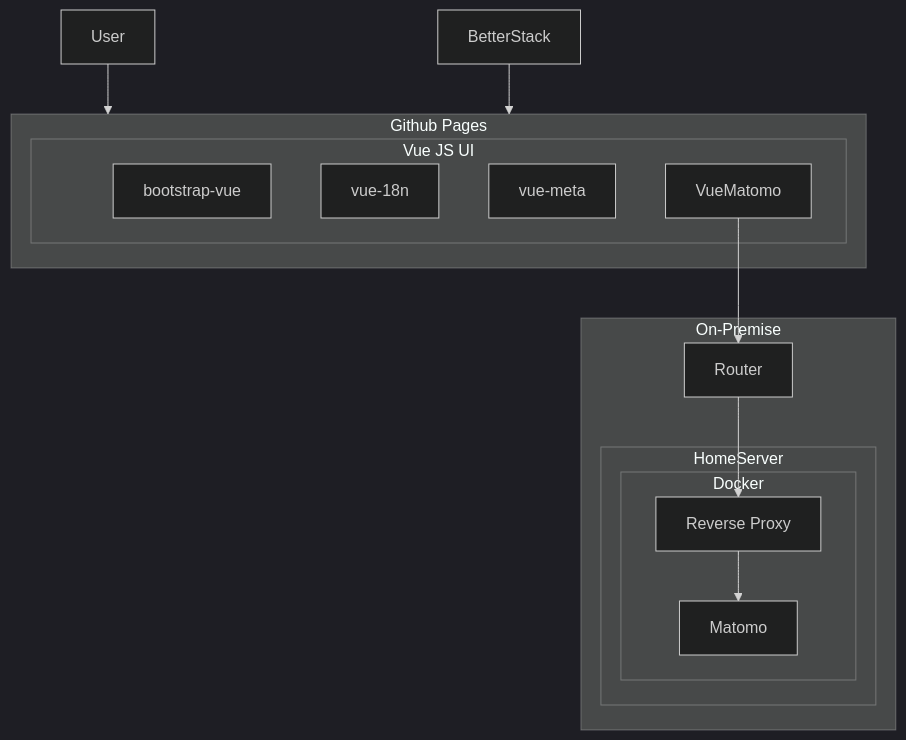
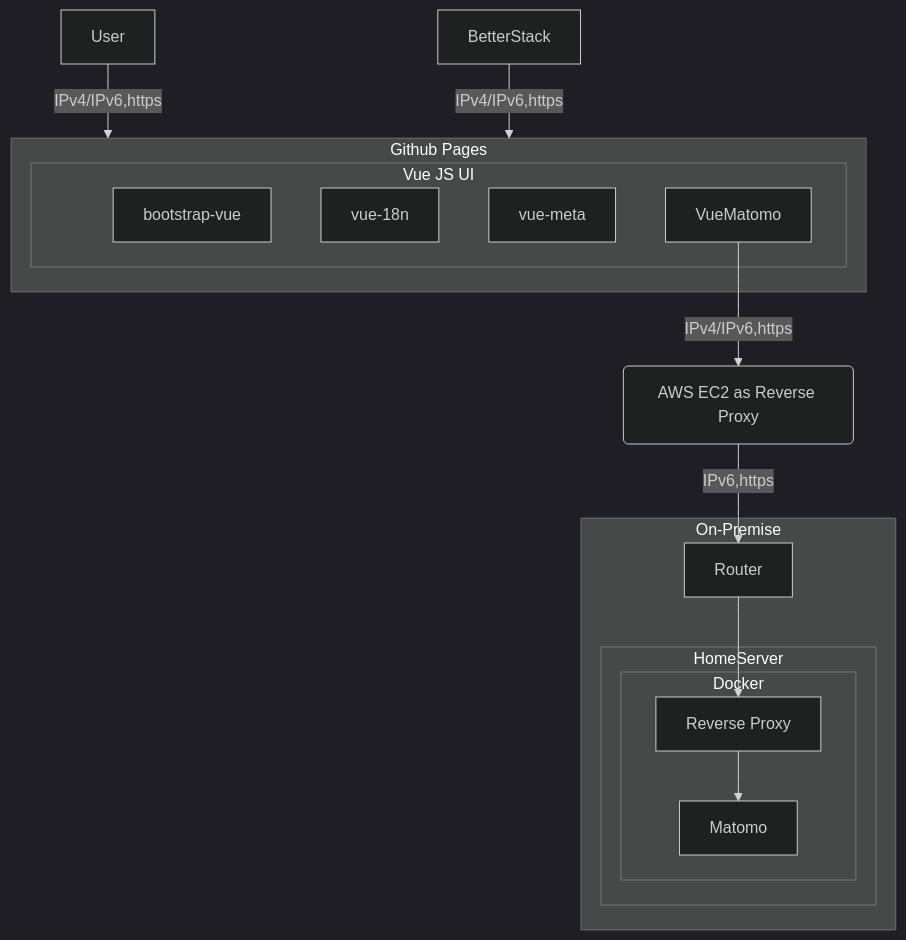
The diagram in app/README.md (andreasnicklaus/cheer-choreo-tool), drawn with Mermaid (dark theme) before and after one commit. The commit also changed 2 other files, not shown here.

Commit message:
feat: updates to architecture diagrams

```diff
--- a/app/README.md
+++ b/app/README.md
@@ -65,29 +65,30 @@
 <pre class="mermaid">
 graph
-  User --> github
+  User --IPv4/IPv6,https--> github
 
   subgraph github[Github Pages]
     subgraph vue[Vue JS UI]
       bootstrap-vue
       vue-18n
       vue-meta
       VueMatomo
     end
   end
 
-  VueMatomo --> Router
+  VueMatomo --IPv4/IPv6,https--> aws(AWS EC2 as Reverse Proxy)
+  aws --IPv6,https--> Router
 
 
-  BetterStack --> github
+  BetterStack --IPv4/IPv6,https--> github
 
 
   subgraph On-Premise
     Router --> ReverseProxy
     subgraph HomeServer
       subgraph Docker
         ReverseProxy[Reverse Proxy] --> Matomo
       end
     end
   end
 
 </pre>
```
